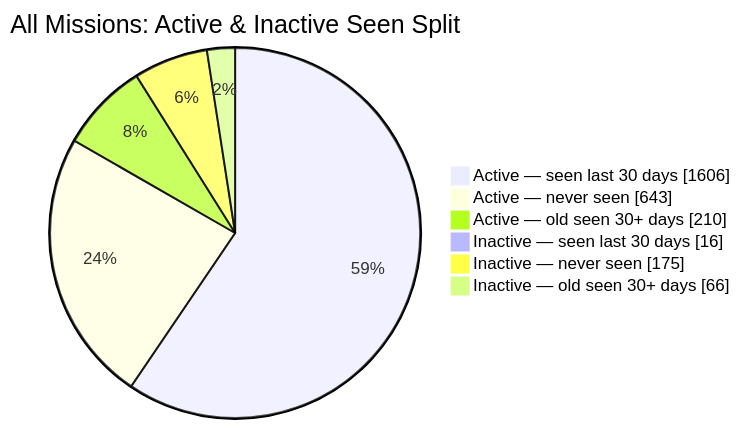
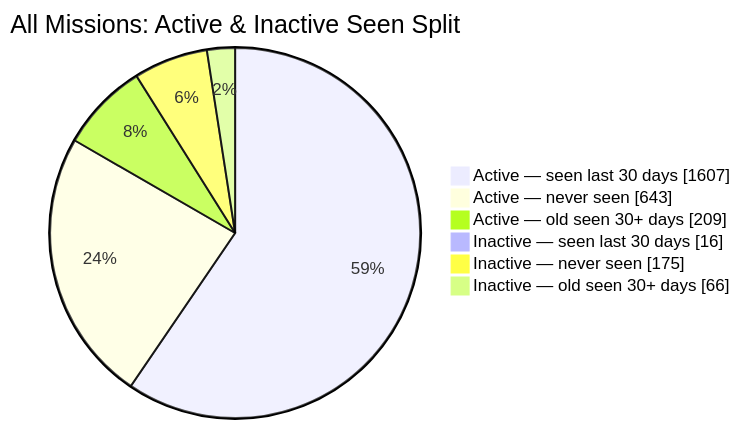
Before and after one commit to MeldkamerspelGameTeam/active-missions: the second of 2 diagrams in README.md, drawn with Mermaid. The commit also changed other lines of this file and 2 other files, not shown here.

````diff
--- a/README.md
+++ b/README.md
@@ -44,10 +44,10 @@
 ```mermaid
 pie showData
     title All Missions: Active & Inactive Seen Split
-    "Active — seen last 30 days" : 1606
+    "Active — seen last 30 days" : 1607
     "Active — never seen" : 643
-    "Active — old seen 30+ days" : 210
+    "Active — old seen 30+ days" : 209
     "Inactive — seen last 30 days" : 16
     "Inactive — never seen" : 175
     "Inactive — old seen 30+ days" : 66
 ```
````
